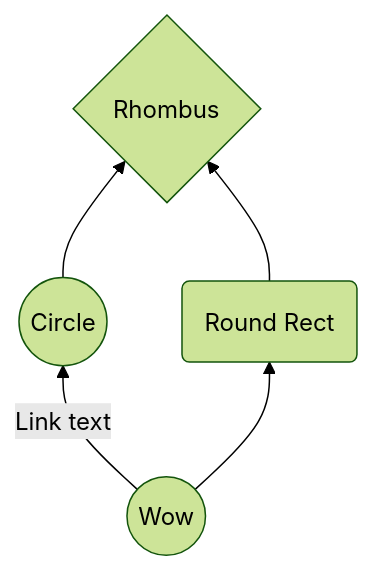
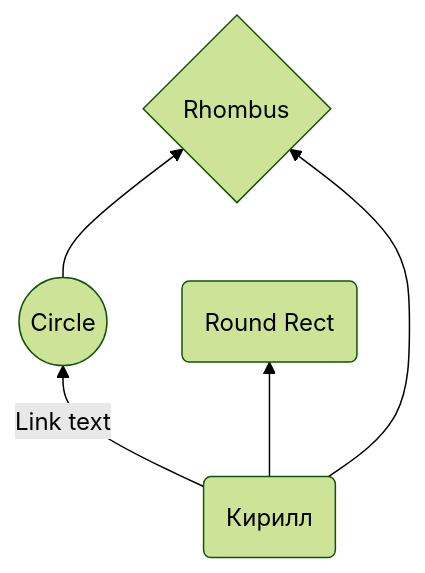
The diagram in _temp.md (yakovlevkll/lucidum101), drawn with Mermaid (forest theme) before and after one commit. The commit also changed other lines of this file, not shown here.

Commit message:
_temp.md updated from https://stackedit.io/

````diff
--- a/_temp.md
+++ b/_temp.md
@@ -3,7 +3,7 @@
 ```mermaid
 graph BT
-A((Wow)) -- Link text --> B((Circle))
-A --> C(Round Rect)
+Nata(Кирилл) -- Link text --> B((Circle))
+Nata --> C(Round Rect)
 B --> D{Rhombus}
-C --> D
+Nata --> D
 ```
````
